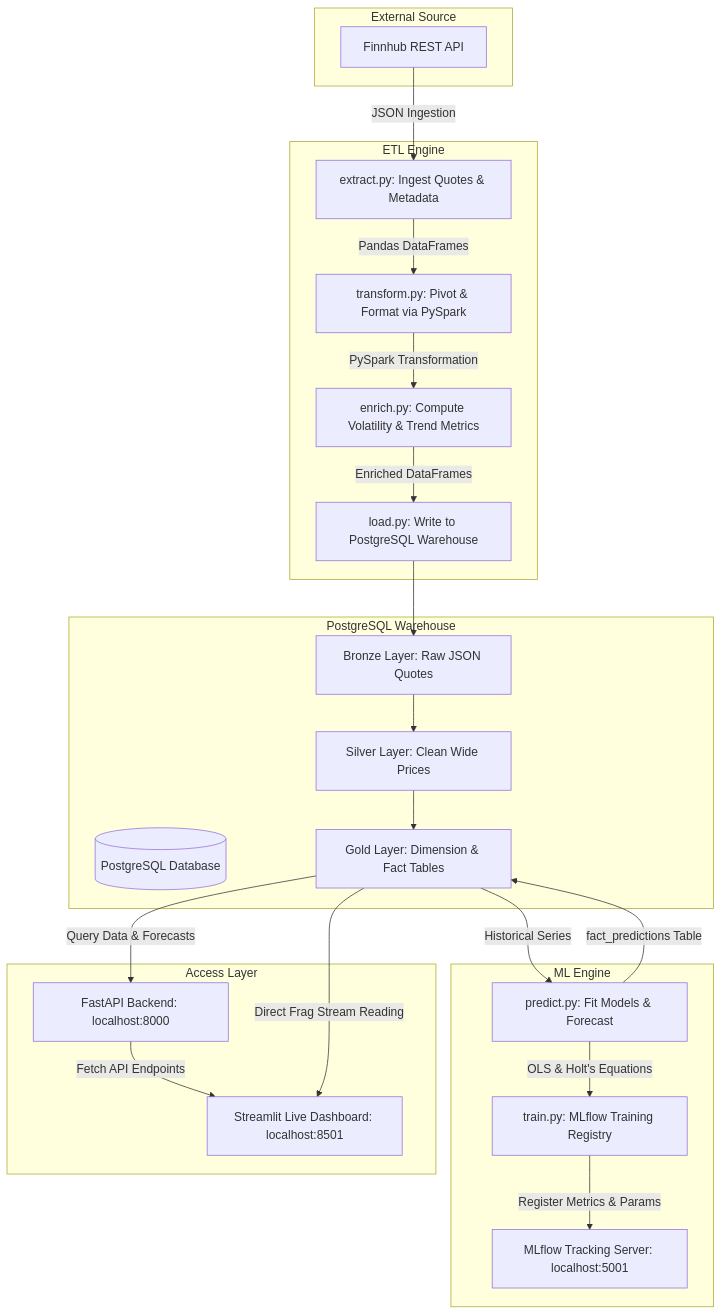
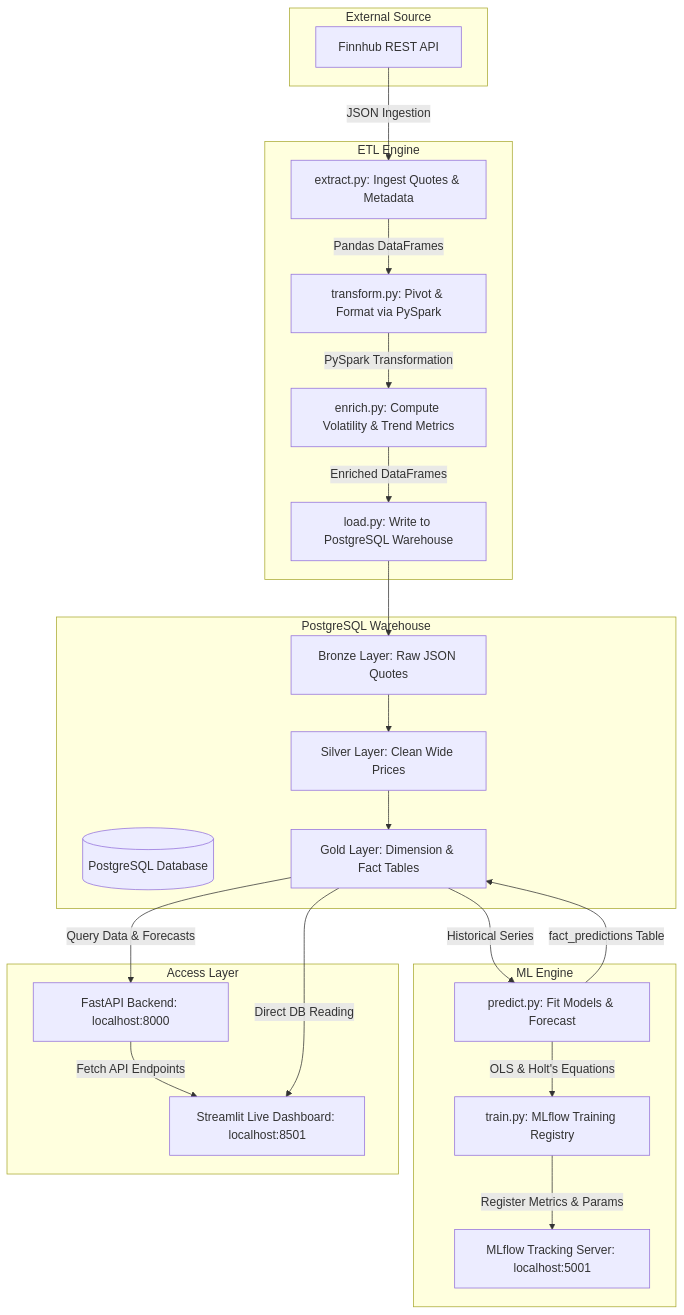
Before and after one commit to Sotheara-HEANG/Stock-Market-Realtime: the diagram in README.md, drawn with Mermaid. The commit also changed other lines of this file and 11 other files, not shown here.

Commit message:
feat: implement multi-timeframe granularity, forecast projections, local database sourcing, and dashboard update animations

````diff
--- a/README.md
+++ b/README.md
@@ -19,46 +37,46 @@
 ```mermaid
 graph TD
     subgraph External Source
         FH[Finnhub REST API]
     end
 
-    subgraph Data Pipeline [ETL Engine]
-        EX[extract.py: Ingest Quotes & Metadata]
-        TR[transform.py: Pivot & Format via PySpark]
-        EN[enrich.py: Compute Volatility & Trend Metrics]
-        LD[load.py: Write to PostgreSQL Warehouse]
+    subgraph Data Pipeline ["ETL Engine"]
+        EX["extract.py: Ingest Quotes & Metadata"]
+        TR["transform.py: Pivot & Format via PySpark"]
+        EN["enrich.py: Compute Volatility & Trend Metrics"]
+        LD["load.py: Write to PostgreSQL Warehouse"]
     end
 
-    subgraph Storage [PostgreSQL Warehouse]
-        DB[(PostgreSQL Database)]
-        BZ[Bronze Layer: Raw JSON Quotes]
-        SL[Silver Layer: Clean Wide Prices]
-        GL[Gold Layer: Dimension & Fact Tables]
+    subgraph Storage ["PostgreSQL Warehouse"]
+        DB[("PostgreSQL Database")]
+        BZ["Bronze Layer: Raw JSON Quotes"]
+        SL["Silver Layer: Clean Wide Prices"]
+        GL["Gold Layer: Dimension & Fact Tables"]
     end
 
-    subgraph Analytics & Modeling [ML Engine]
-        PR[predict.py: Fit Models & Forecast]
-        TRN[train.py: MLflow Training Registry]
-        MLF[MLflow Tracking Server: localhost:5001]
+    subgraph Analytics ["ML Engine"]
+        PR["predict.py: Fit Models & Forecast"]
+        TRN["train.py: MLflow Training Registry"]
+        MLF["MLflow Tracking Server: localhost:5001"]
     end
 
-    subgraph Serving & UI [Access Layer]
-        API[FastAPI Backend: localhost:8000]
-        ST[Streamlit Live Dashboard: localhost:8501]
+    subgraph Serving ["Access Layer"]
+        API["FastAPI Backend: localhost:8000"]
+        ST["Streamlit Live Dashboard: localhost:8501"]
     end
 
     FH -->|JSON Ingestion| EX
     EX -->|Pandas DataFrames| TR
     TR -->|PySpark Transformation| EN
     EN -->|Enriched DataFrames| LD
     LD --> BZ
     BZ --> SL
     SL --> GL
     GL -->|Historical Series| PR
     PR -->|OLS & Holt's Equations| TRN
     TRN -->|Register Metrics & Params| MLF
     PR -->|fact_predictions Table| GL
     GL -->|Query Data & Forecasts| API
     API -->|Fetch API Endpoints| ST
-    GL -->|Direct Frag Stream Reading| ST
+    GL -->|Direct DB Reading| ST
 ```
````
